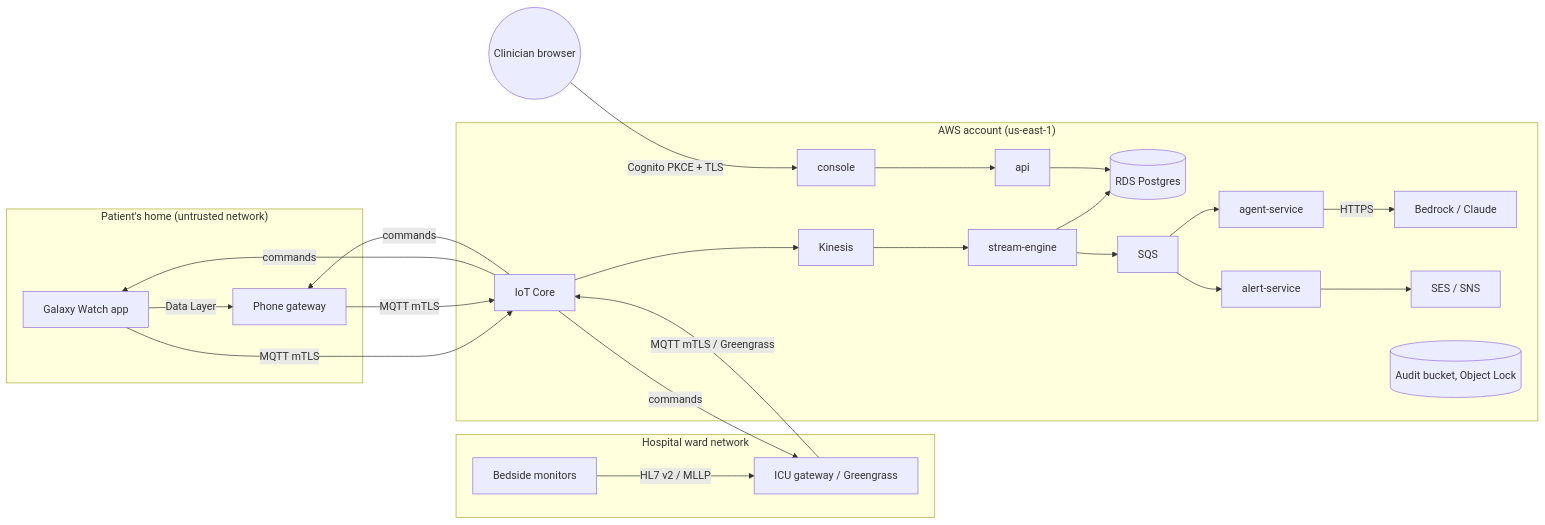
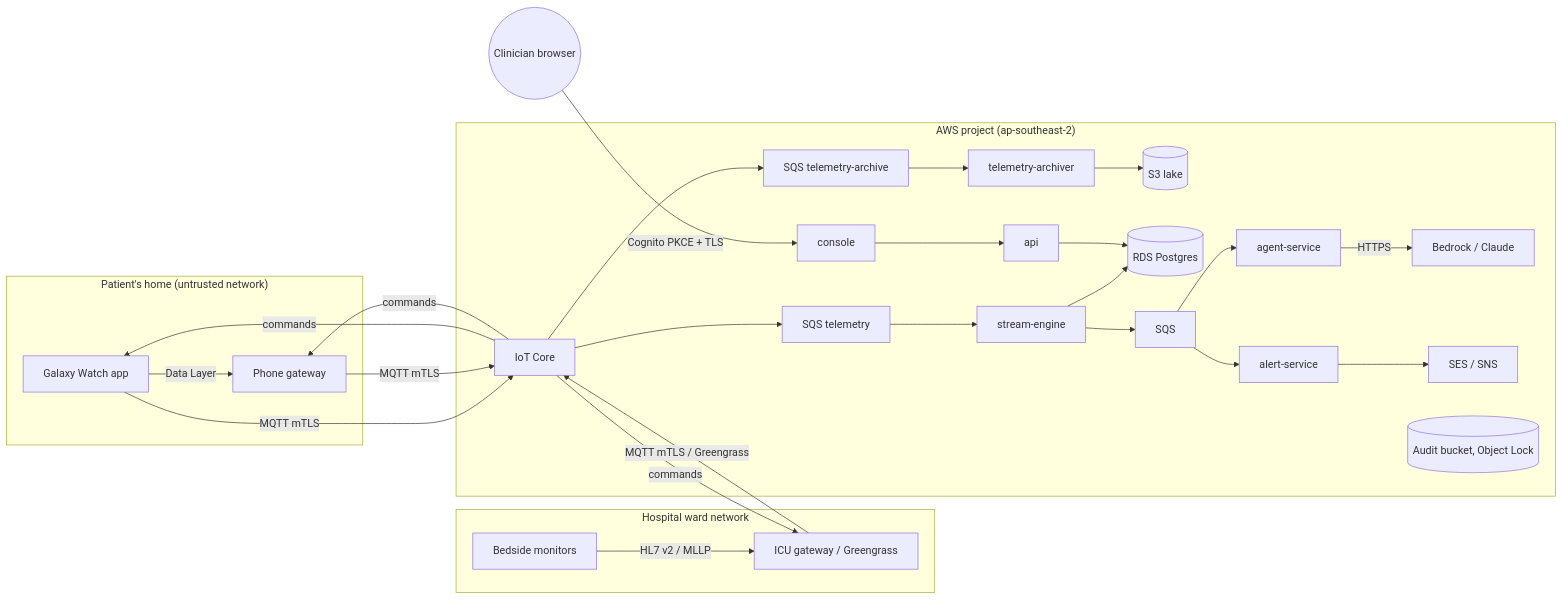
Before and after one commit to ritikpatel/rpm-agent: the diagram in docs/security/threat-model.md, drawn with Mermaid. The commit also changed other lines of this file and 62 other files, not shown here.

First line of the commit message:
Snapshot of the original architecture before the simple-architecture rebuild

````diff
--- a/docs/security/threat-model.md
+++ b/docs/security/threat-model.md
@@ -12,24 +12,25 @@
 ```mermaid
 flowchart LR
   subgraph Patient["Patient's home (untrusted network)"]
     W[Galaxy Watch app] -- Data Layer --> P[Phone gateway]
   end
   subgraph Ward["Hospital ward network"]
     M[Bedside monitors] -- HL7 v2 / MLLP --> G[ICU gateway / Greengrass]
   end
-  subgraph AWS["AWS account (us-east-1)"]
-    IOT[IoT Core] --> K[Kinesis] --> SE[stream-engine]
+  subgraph AWS["AWS project (ap-southeast-2)"]
+    IOT[IoT Core] --> K[SQS telemetry] --> SE[stream-engine]
+    IOT --> KA[SQS telemetry-archive] --> AR[telemetry-archiver] --> LK[(S3 lake)]
     SE --> PG[(RDS Postgres)]
     SE --> Q[SQS] --> AL[alert-service] & AG[agent-service]
     AG -- HTTPS --> BR[Bedrock / Claude]
     API[api] --> PG
     CON[console] --> API
     AL --> SES[SES / SNS]
     AU[(Audit bucket, Object Lock)]
   end
   W -- MQTT mTLS --> IOT
   P -- MQTT mTLS --> IOT
   G -- MQTT mTLS / Greengrass --> IOT
   C((Clinician browser)) -- Cognito PKCE + TLS --> CON
   IOT -- commands --> W & P & G
 ```
````
